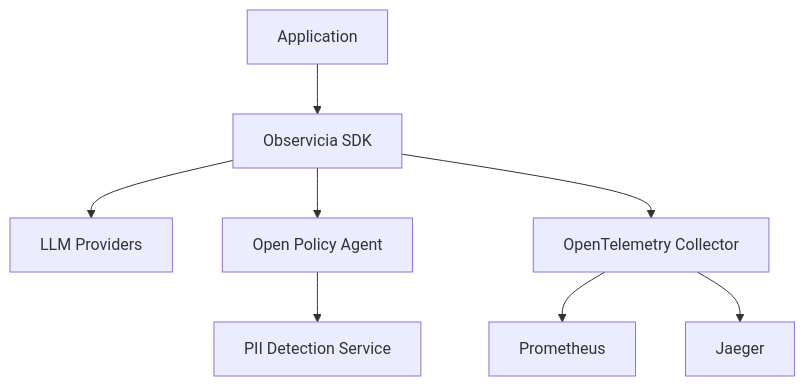
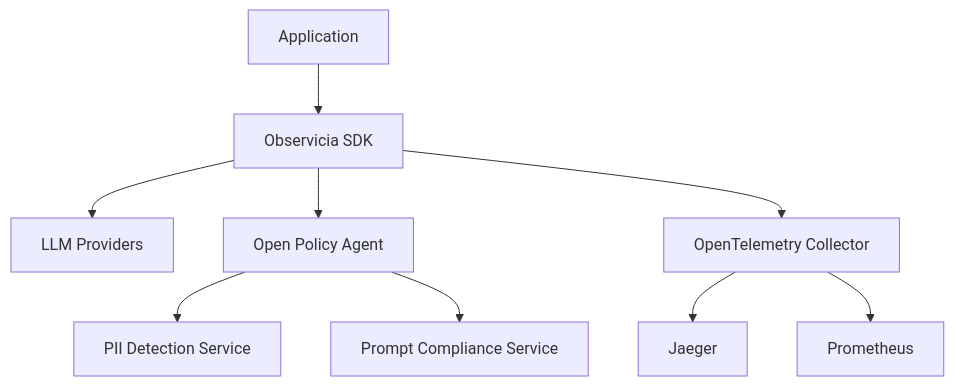
One commit to Observicia/Observicia changed the diagram in README.md. Above: the diagram before and after it, drawn with Mermaid. The commit also changed other lines of this file, not shown here.

````diff
--- a/README.md
+++ b/README.md
@@ -35,10 +117,11 @@
 ```mermaid
 flowchart TB
     App[Application] --> SDK[Observicia SDK]
-    SDK --> LLM[LLM Providers]
+    SDK --> Providers[LLM Providers]
     SDK --> OPA[Open Policy Agent]
     SDK --> OTEL[OpenTelemetry Collector]
+    OTEL --> Jaeger[Jaeger]
     OTEL --> Prom[Prometheus]
-    OTEL --> Jaeger[Jaeger]
     OPA --> PII[PII Detection Service]
+    OPA --> Compliance[Prompt Compliance Service]
 ```
````
